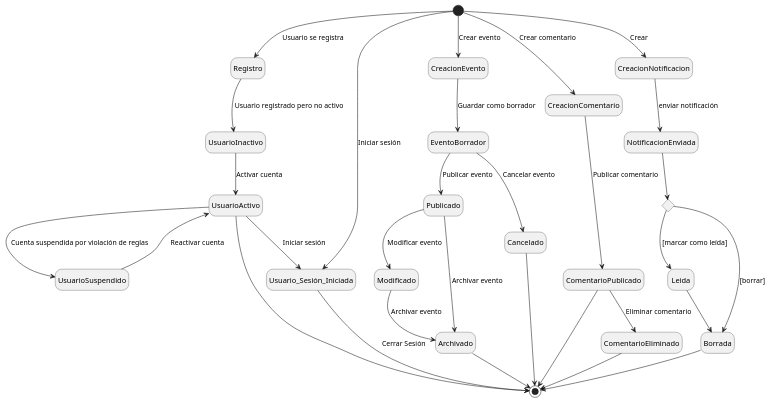
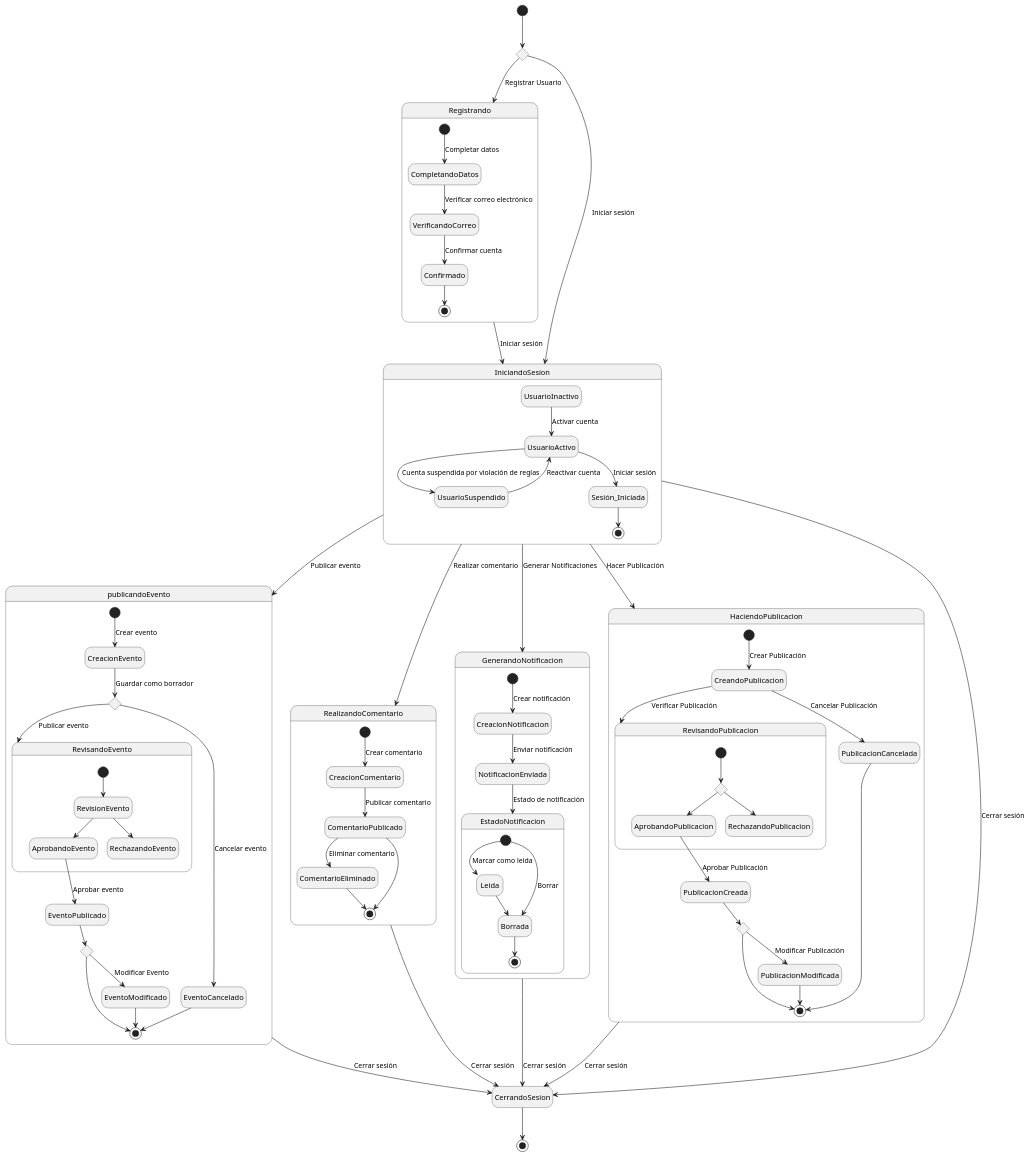
Before and after one commit to Andreinalcm/Proyecto_de_inge_grupo4: the diagram in docs/scenariosView/ModeloDedominio/diagrama_de_estado.plantuml, drawn with PlantUML. The commit also changed other lines of this file and 6 other files, not shown here.

Commit message:
Modificación de diagrama de clases y estados en el modelo de dominio

```diff
--- a/docs/scenariosView/ModeloDedominio/diagrama_de_estado.plantuml
+++ b/docs/scenariosView/ModeloDedominio/diagrama_de_estado.plantuml
@@ -1,46 +1,112 @@
-@startuml Diagrama de estados
+@startuml Diagrama_de_subestados
 
 hide empty description
 
 ' Estado inicial
-[*] --> Registro : Usuario se registra
+state decision <<choice>>
+[*] --> decision
+decision --> Registrando : Registrar Usuario
+state Registrando {
+    [*] --> CompletandoDatos : Completar datos
+    CompletandoDatos --> VerificandoCorreo : Verificar correo electrónico
+    VerificandoCorreo --> Confirmado : Confirmar cuenta
+    Confirmado --> [*]
+}
 
-' Estados del Usuario
-Registro --> UsuarioInactivo : Usuario registrado pero no activo
-UsuarioInactivo --> UsuarioActivo : Activar cuenta
-UsuarioActivo --> UsuarioSuspendido : Cuenta suspendida por violación de reglas
-UsuarioSuspendido --> UsuarioActivo : Reactivar cuenta
-UsuarioActivo --> [*]
-UsuarioActivo --> Usuario_Sesión_Iniciada : Iniciar sesión
-Usuario_Sesión_Iniciada --> [*] : Cerrar Sesión
-[*] --> Usuario_Sesión_Iniciada : Iniciar sesión
+' Subestados del Usuario
 
-' Estados del Evento
-[*] --> CreacionEvento : Crear evento
-CreacionEvento --> EventoBorrador : Guardar como borrador
-EventoBorrador --> Publicado : Publicar evento
-Publicado --> Modificado: Modificar evento
-Modificado --> Archivado: Archivar evento
-Publicado --> Archivado : Archivar evento
-EventoBorrador --> Cancelado : Cancelar evento
-Cancelado --> [*]
-Archivado --> [*]
+decision --> IniciandoSesion : Iniciar sesión
+state IniciandoSesion {
 
-' Estados del Comentario
-[*] --> CreacionComentario : Crear comentario
-CreacionComentario --> ComentarioPublicado : Publicar comentario
-ComentarioPublicado --> ComentarioEliminado : Eliminar comentario
-ComentarioPublicado --> [*]
-ComentarioEliminado --> [*]
+    UsuarioInactivo --> UsuarioActivo : Activar cuenta
+    UsuarioActivo --> UsuarioSuspendido : Cuenta suspendida por violación de reglas
+    UsuarioSuspendido --> UsuarioActivo : Reactivar cuenta
+    UsuarioActivo --> Sesión_Iniciada : Iniciar sesión
+    Sesión_Iniciada --> [*]
+}
 
-' Estados de las Notificaciones
-state EstadoNotificacion <<choice>>
-[*] --> CreacionNotificacion : Crear
-CreacionNotificacion --> NotificacionEnviada : enviar notificación
-NotificacionEnviada --> EstadoNotificacion
-EstadoNotificacion --> Leida : [marcar como leída]
-EstadoNotificacion --> Borrada : [borrar]
-Leida --> Borrada
-Borrada --> [*]
+' Estado inicial del Evento
+IniciandoSesion --> publicandoEvento : Publicar evento
+Registrando --> IniciandoSesion: Iniciar sesión
+
+' Subestados del Evento
+state publicandoEvento {
+    [*] --> CreacionEvento : Crear evento
+    state RevisandoEvento{
+        [*] --> RevisionEvento
+RevisionEvento --> AprobandoEvento  
+RevisionEvento --> RechazandoEvento  
+    }
+    state EventoBorrador <<choice>>
+    state decision2 <<choice>>
+    CreacionEvento --> EventoBorrador : Guardar como borrador
+    EventoBorrador --> RevisandoEvento : Publicar evento
+    AprobandoEvento --> EventoPublicado : Aprobar evento
+    EventoBorrador --> EventoCancelado : Cancelar evento
+    EventoCancelado --> [*]
+    EventoModificado --> [*]
+    EventoPublicado --> decision2
+    decision2 --> EventoModificado: Modificar Evento               
+    decision2 --> [*]               
+}
+
+' Estado inicial del Comentario
+IniciandoSesion --> RealizandoComentario : Realizar comentario
+
+' Subestados del Comentario
+state RealizandoComentario {
+    [*] --> CreacionComentario : Crear comentario
+    CreacionComentario --> ComentarioPublicado : Publicar comentario
+    ComentarioPublicado --> ComentarioEliminado : Eliminar comentario
+    ComentarioPublicado --> [*]
+    ComentarioEliminado --> [*]
+}
+
+' Estado inicial de las Notificaciones
+IniciandoSesion --> GenerandoNotificacion : Generar Notificaciones
+'Estado Haciendo Publicación
+IniciandoSesion --> HaciendoPublicacion: Hacer Publicación
+state HaciendoPublicacion{
+     [*] --> CreandoPublicacion : Crear Publicación
+    CreandoPublicacion --> RevisandoPublicacion : Verificar Publicación
+    state RevisandoPublicacion{
+state RevisionPublicacion <<choice>>
+[*] --> RevisionPublicacion
+RevisionPublicacion --> AprobandoPublicacion  
+RevisionPublicacion --> RechazandoPublicacion  
+    }
+
+    AprobandoPublicacion --> PublicacionCreada : Aprobar Publicación
+   state decision3 <<choice>>
+   
+    CreandoPublicacion --> PublicacionCancelada : Cancelar Publicación
+    PublicacionCancelada --> [*]
+    PublicacionCreada --> decision3
+    decision3 --> PublicacionModificada: Modificar Publicación
+    decision3 --> [*]
+
+    PublicacionModificada --> [*]
+   
+}
+' Subestados de las Notificaciones
+state GenerandoNotificacion {
+    [*] --> CreacionNotificacion : Crear notificación
+    CreacionNotificacion --> NotificacionEnviada : Enviar notificación
+    NotificacionEnviada --> EstadoNotificacion : Estado de notificación
+    state EstadoNotificacion <<choice>> {
+        [*] --> Leida : Marcar como leída
+        [*] --> Borrada : Borrar
+        Leida --> Borrada
+        Borrada --> [*]
+    }
+}
+state CerrandoSesion 
+HaciendoPublicacion --> CerrandoSesion: Cerrar sesión
+GenerandoNotificacion --> CerrandoSesion: Cerrar sesión
+IniciandoSesion --> CerrandoSesion: Cerrar sesión
+RealizandoComentario --> CerrandoSesion: Cerrar sesión
+publicandoEvento --> CerrandoSesion: Cerrar sesión
+
+CerrandoSesion -->[*]
 
 @enduml
```
